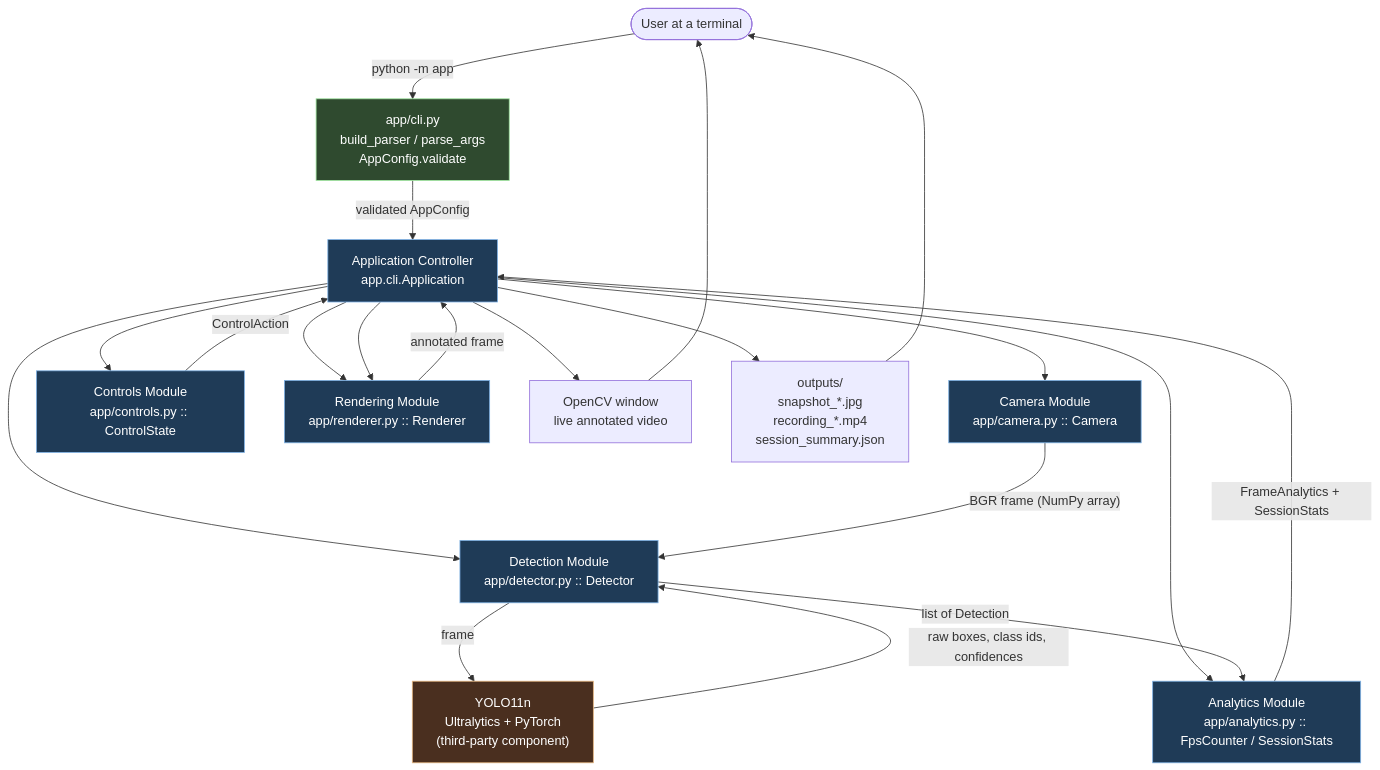
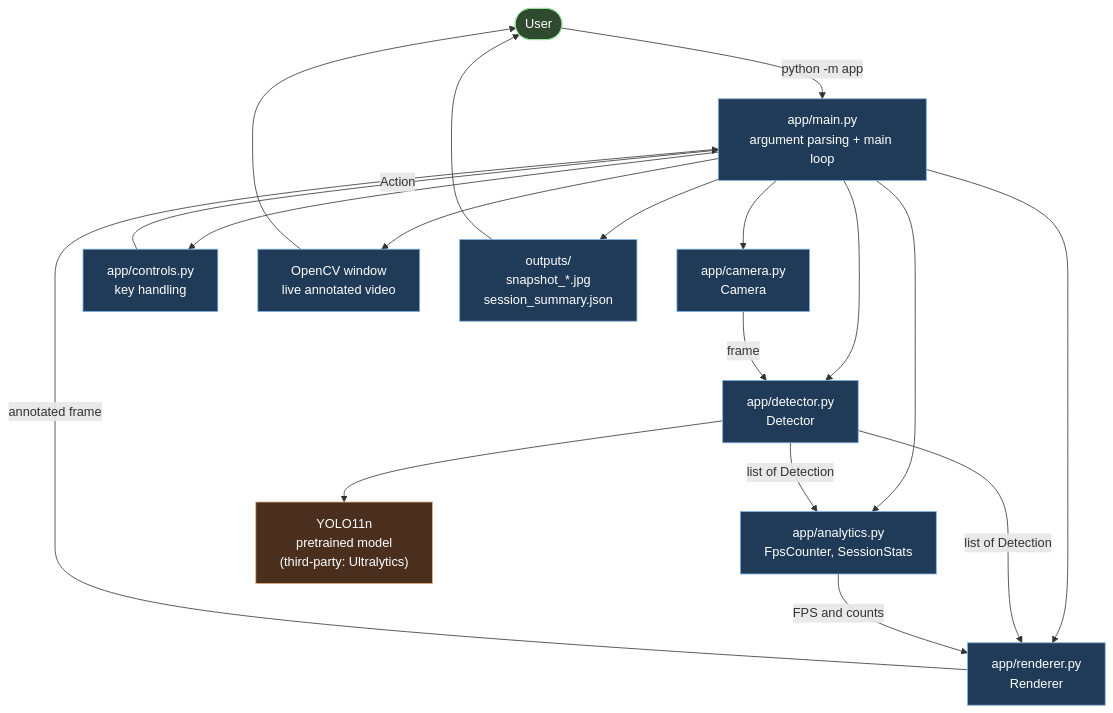
One commit to Abhijai10/real-time-object-detection-yolo11 changed the diagram in docs/diagrams/architecture.mmd. Above: the diagram before and after it, drawn with Mermaid. The commit also changed 10 other files, not shown here.

```diff
--- a/docs/diagrams/architecture.mmd
+++ b/docs/diagrams/architecture.mmd
@@ -1,44 +1,33 @@
 flowchart TD
-    User([User at a terminal]) -->|"python -m app"| CLI
+    User([User]) -->|"python -m app"| Main
 
-    CLI["app/cli.py<br/>build_parser / parse_args<br/>AppConfig.validate"]
-    CLI -->|"validated AppConfig"| Controller
+    Main["app/main.py<br/>argument parsing + main loop"]
 
-    Controller["Application Controller<br/>app.cli.Application"]
-    CameraMod["Camera Module<br/>app/camera.py :: Camera"]
-    DetectorMod["Detection Module<br/>app/detector.py :: Detector"]
-    AnalyticsMod["Analytics Module<br/>app/analytics.py :: FpsCounter / SessionStats"]
-    ControlsMod["Controls Module<br/>app/controls.py :: ControlState"]
-    RendererMod["Rendering Module<br/>app/renderer.py :: Renderer"]
+    Main --> Camera["app/camera.py<br/>Camera"]
+    Main --> Detector["app/detector.py<br/>Detector"]
+    Main --> Analytics["app/analytics.py<br/>FpsCounter, SessionStats"]
+    Main --> Controls["app/controls.py<br/>key handling"]
+    Main --> Renderer["app/renderer.py<br/>Renderer"]
 
-    Controller --> CameraMod
-    Controller --> DetectorMod
-    Controller --> AnalyticsMod
-    Controller --> ControlsMod
-    Controller --> RendererMod
+    Camera -->|"frame"| Detector
+    Detector -->|"list of Detection"| Analytics
+    Detector -->|"list of Detection"| Renderer
+    Analytics -->|"FPS and counts"| Renderer
+    Renderer -->|"annotated frame"| Main
+    Controls -->|"Action"| Main
 
-    CameraMod -->|"BGR frame (NumPy array)"| DetectorMod
+    Detector --> YOLO["YOLO11n<br/>pretrained model<br/>(third-party: Ultralytics)"]
 
-    YOLO["YOLO11n<br/>Ultralytics + PyTorch<br/>(third-party component)"]
-    DetectorMod -->|"frame"| YOLO
-    YOLO -->|"raw boxes, class ids, confidences"| DetectorMod
-    DetectorMod -->|"list of Detection"| AnalyticsMod
-
-    AnalyticsMod -->|"FrameAnalytics + SessionStats"| Controller
-    ControlsMod -->|"ControlAction"| Controller
-    Controller --> RendererMod
-    RendererMod -->|"annotated frame"| Controller
-
-    Controller --> Window["OpenCV window<br/>live annotated video"]
-    Controller --> Outputs["outputs/<br/>snapshot_*.jpg<br/>recording_*.mp4<br/>session_summary.json"]
+    Main --> Window["OpenCV window<br/>live annotated video"]
+    Main --> Files["outputs/<br/>snapshot_*.jpg<br/>session_summary.json"]
 
     Window --> User
-    Outputs --> User
+    Files --> User
 
-    classDef original fill:#1f3b57,stroke:#7fb2e5,color:#ffffff
+    classDef mine fill:#1f3b57,stroke:#7fb2e5,color:#ffffff
     classDef third fill:#4a2f1f,stroke:#e5b57f,color:#ffffff
-    classDef entry fill:#2f4a2f,stroke:#9fe59f,color:#ffffff
+    classDef user fill:#2f4a2f,stroke:#9fe59f,color:#ffffff
 
-    class Controller,CameraMod,DetectorMod,AnalyticsMod,ControlsMod,RendererMod original
+    class Main,Camera,Detector,Analytics,Controls,Renderer,Window,Files mine
     class YOLO third
-    class CLI entry
+    class User user
```
